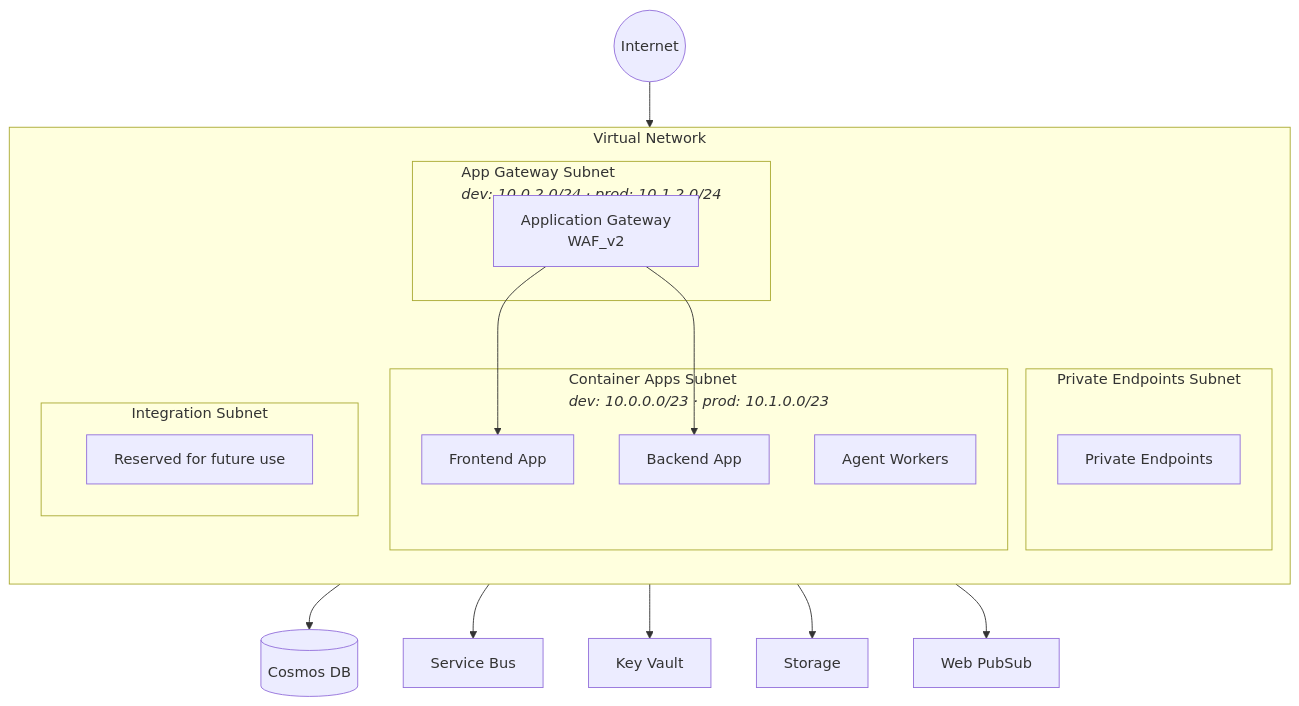
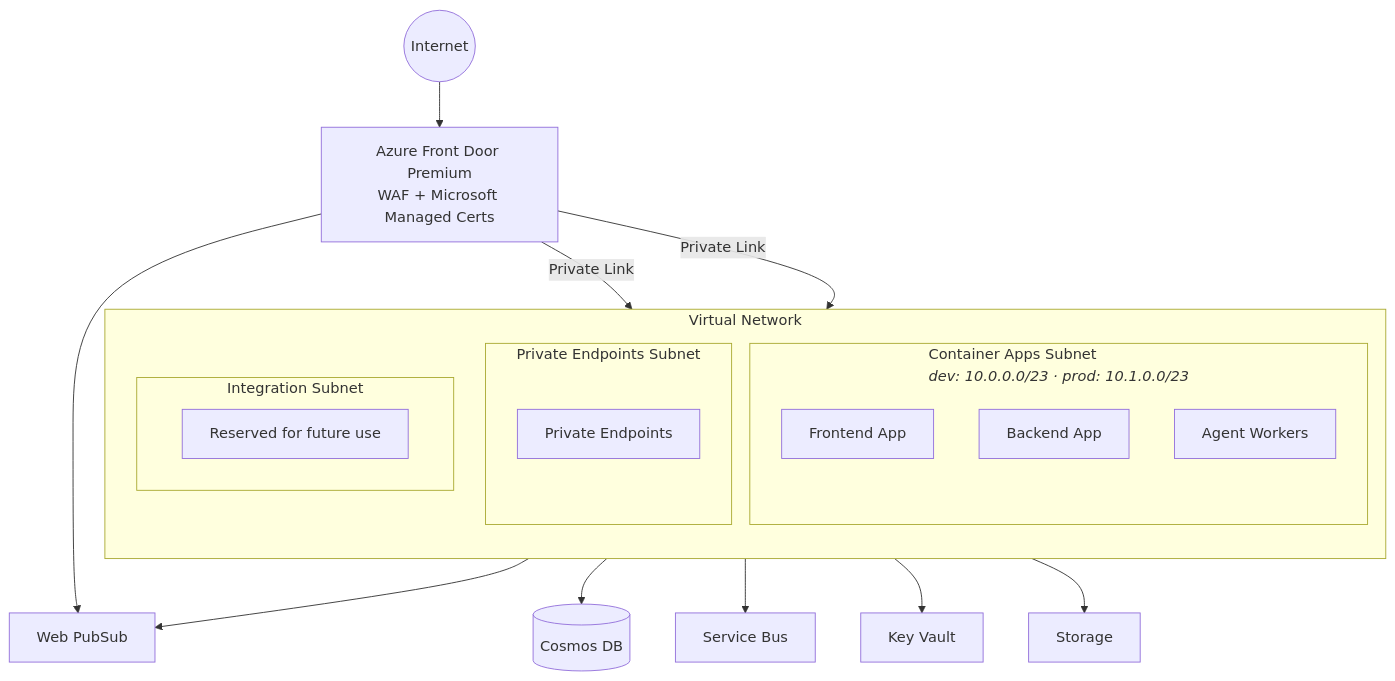
One commit to christopherhouse/Azure-Integration-Copilot changed the first of 2 diagrams in README.md. Above: the diagram before and after it, drawn with Mermaid. The commit also changed other lines of this file and 24 other files, not shown here.

First line of the commit message:
Replace Application Gateway with Azure Front Door Premium

````diff
--- a/README.md
+++ b/README.md
@@ -153,29 +153,28 @@
 ```mermaid
 graph TB
     subgraph VNet ["Virtual Network"]
         direction TB
         subgraph CAE ["Container Apps Subnet<br/><i>dev: 10.0.0.0/23 · prod: 10.1.0.0/23</i>"]
             FE[Frontend App]
             BE[Backend App]
             AW[Agent Workers]
         end
-        subgraph AGW ["App Gateway Subnet<br/><i>dev: 10.0.2.0/24 · prod: 10.1.2.0/24</i>"]
-            AppGW[Application Gateway<br/>WAF_v2]
-        end
         subgraph PES ["Private Endpoints Subnet"]
             PE[Private Endpoints]
         end
         subgraph INT ["Integration Subnet"]
             RS[Reserved for future use]
         end
     end
 
-    Internet((Internet)) --> AppGW
-    AppGW --> FE
-    AppGW --> BE
+    AFD[Azure Front Door Premium<br/>WAF + Microsoft Managed Certs]
+    Internet((Internet)) --> AFD
+    AFD -- "Private Link" --> FE
+    AFD -- "Private Link" --> BE
+    AFD --> WPS[Web PubSub]
     PE --> CosmosDB[(Cosmos DB)]
     PE --> SB[Service Bus]
     PE --> KV[Key Vault]
     PE --> SA[Storage]
-    PE --> WPS[Web PubSub]
+    PE --> WPS
 ```
````
